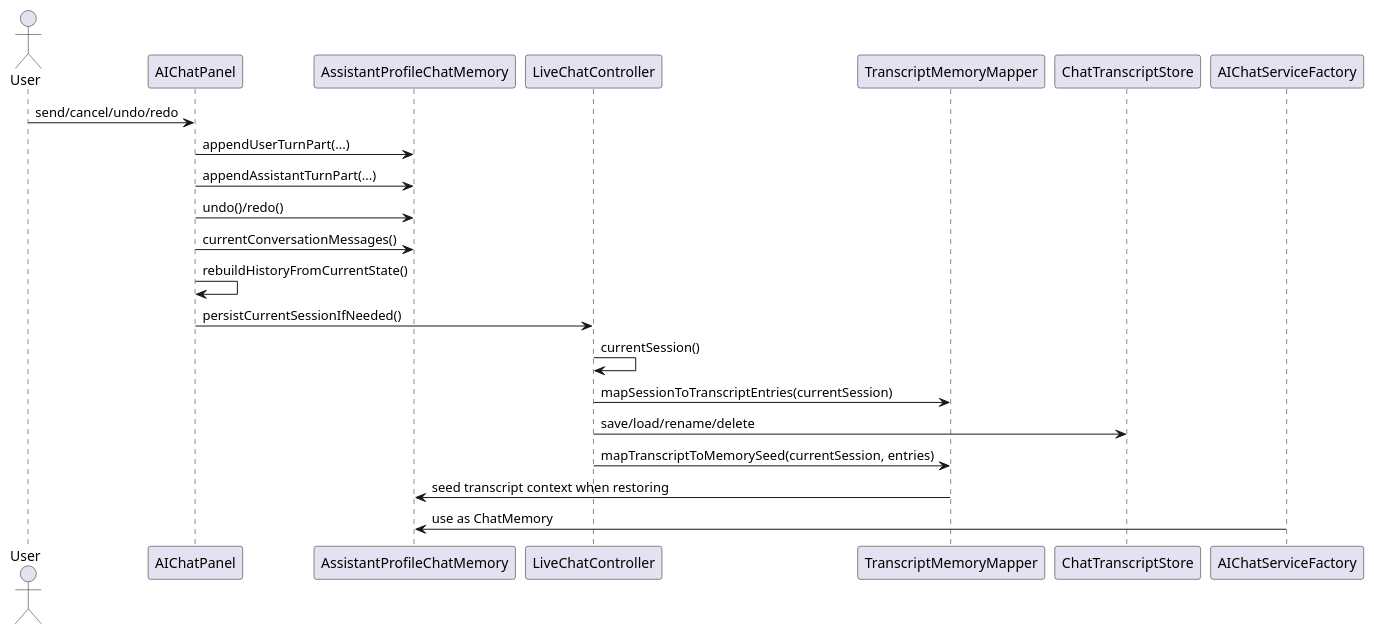
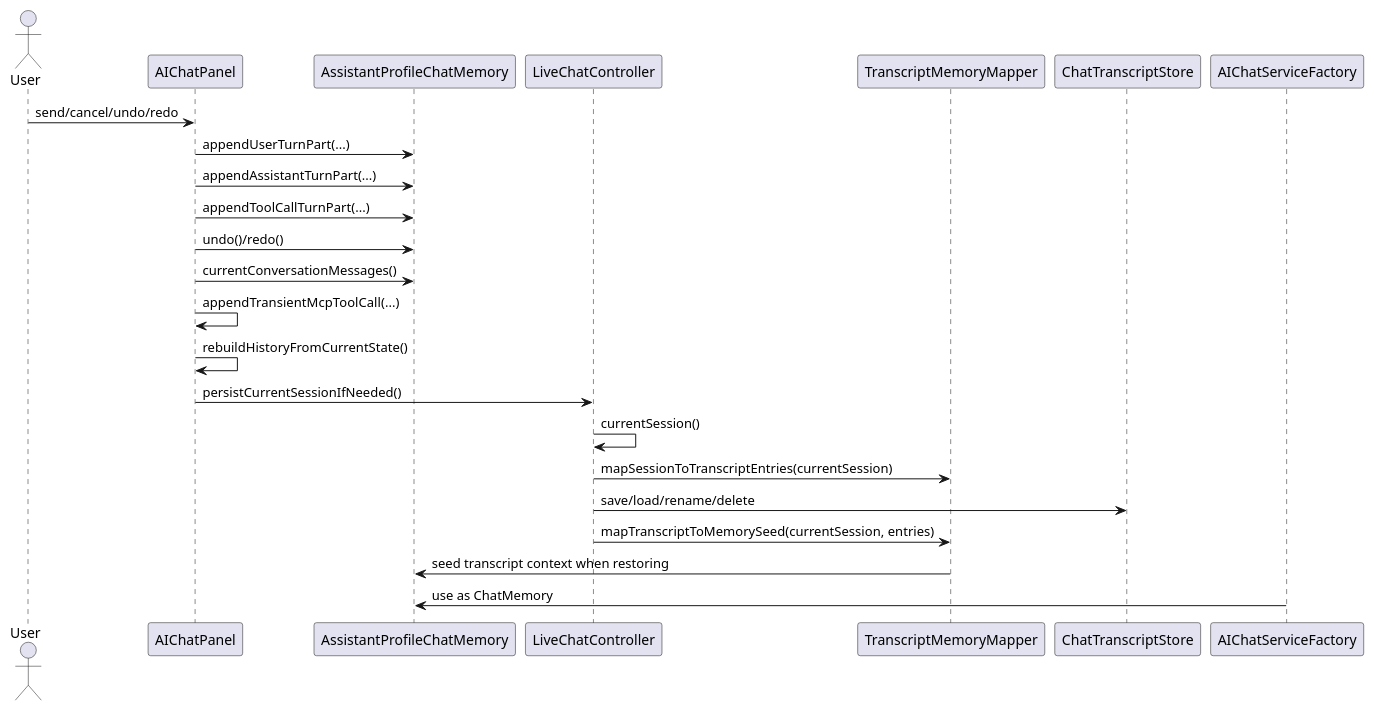
One commit to guoranjun2/nexordia changed the first of 2 diagrams in ai-specs/tasks/done/042-unified-conversation-memory.md. Above: the diagram before and after it, drawn with PlantUML. The commit also changed other lines of this file and 24 other files, not shown here.

Commit message:
2026-02-06-token-memory: stabilize token memory flow and chat panel behavior

````diff
--- a/ai-specs/tasks/done/042-unified-conversation-memory.md
+++ b/ai-specs/tasks/done/042-unified-conversation-memory.md
@@ -47,25 +59,27 @@
   ```plantuml
   @startuml
   actor User
   participant "AIChatPanel" as ChatPanel
   participant "AssistantProfileChatMemory" as ChatMemory
   participant "LiveChatController" as LiveChat
   participant "TranscriptMemoryMapper" as Mapper
   participant "ChatTranscriptStore" as TranscriptStore
   participant "AIChatServiceFactory" as ServiceFactory
 
   User -> ChatPanel : send/cancel/undo/redo
   ChatPanel -> ChatMemory : appendUserTurnPart(...)
   ChatPanel -> ChatMemory : appendAssistantTurnPart(...)
+  ChatPanel -> ChatMemory : appendToolCallTurnPart(...)
   ChatPanel -> ChatMemory : undo()/redo()
   ChatPanel -> ChatMemory : currentConversationMessages()
+  ChatPanel -> ChatPanel : appendTransientMcpToolCall(...)
   ChatPanel -> ChatPanel : rebuildHistoryFromCurrentState()
   ChatPanel -> LiveChat : persistCurrentSessionIfNeeded()
   LiveChat -> LiveChat : currentSession()
   LiveChat -> Mapper : mapSessionToTranscriptEntries(currentSession)
   LiveChat -> TranscriptStore : save/load/rename/delete
   LiveChat -> Mapper : mapTranscriptToMemorySeed(currentSession, entries)
   Mapper -> ChatMemory : seed transcript context when restoring
   ServiceFactory -> ChatMemory : use as ChatMemory
   @enduml
   ```
````
